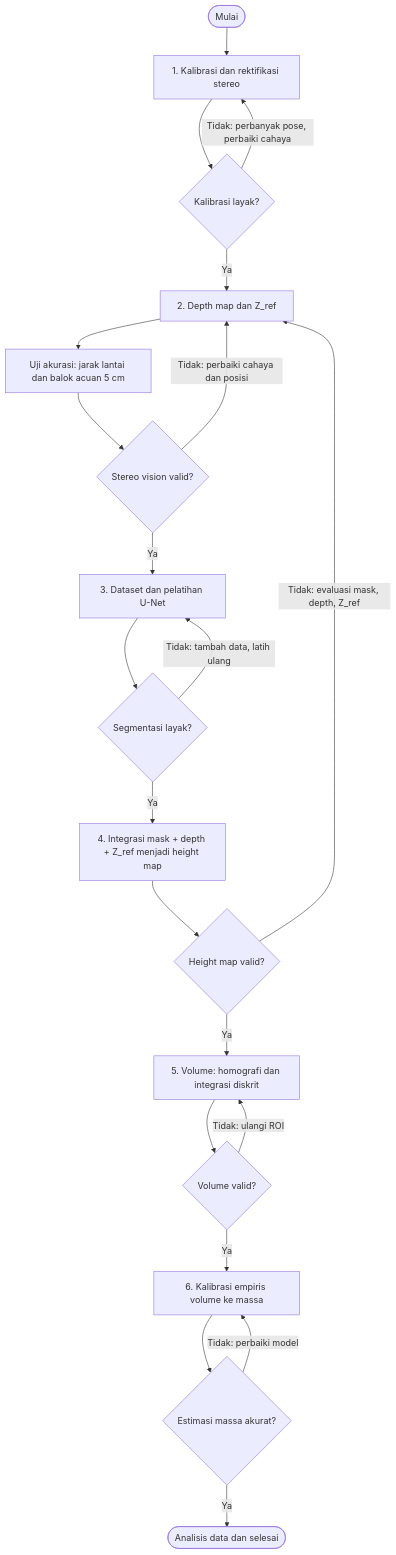
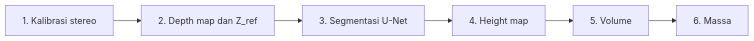
The diagram in PIPELINE.md (feninadevianti/coal-mass-estimation-cv), drawn with Mermaid before and after one commit. The commit also changed other lines of this file and 1 other file, not shown here.

````diff
--- a/PIPELINE.md
+++ b/PIPELINE.md
@@ -9,23 +9,4 @@
 ```mermaid
-flowchart TD
-    S([Mulai]) --> T1["1. Kalibrasi dan rektifikasi stereo"]
-    T1 --> G1{"Kalibrasi layak?"}
-    G1 -- "Tidak: perbanyak pose, perbaiki cahaya" --> T1
-    G1 -- Ya --> T2["2. Depth map dan Z_ref"]
-    T2 --> U["Uji akurasi: jarak lantai dan balok acuan 5 cm"]
-    U --> G2{"Stereo vision valid?"}
-    G2 -- "Tidak: perbaiki cahaya dan posisi" --> T2
-    G2 -- Ya --> T3["3. Dataset dan pelatihan U-Net"]
-    T3 --> G3{"Segmentasi layak?"}
-    G3 -- "Tidak: tambah data, latih ulang" --> T3
-    G3 -- Ya --> T4["4. Integrasi mask + depth + Z_ref menjadi height map"]
-    T4 --> G4{"Height map valid?"}
-    G4 -- "Tidak: evaluasi mask, depth, Z_ref" --> T2
-    G4 -- Ya --> T5["5. Volume: homografi dan integrasi diskrit"]
-    T5 --> G5{"Volume valid?"}
-    G5 -- "Tidak: ulangi ROI" --> T5
-    G5 -- Ya --> T6["6. Kalibrasi empiris volume ke massa"]
-    T6 --> G6{"Estimasi massa akurat?"}
-    G6 -- "Tidak: perbaiki model" --> T6
-    G6 -- Ya --> E([Analisis data dan selesai])
+flowchart LR
+    A["1. Kalibrasi stereo"] --> B["2. Depth map dan Z_ref"] --> C["3. Segmentasi U-Net"] --> D["4. Height map"] --> E["5. Volume"] --> F["6. Massa"]
 ```
````
